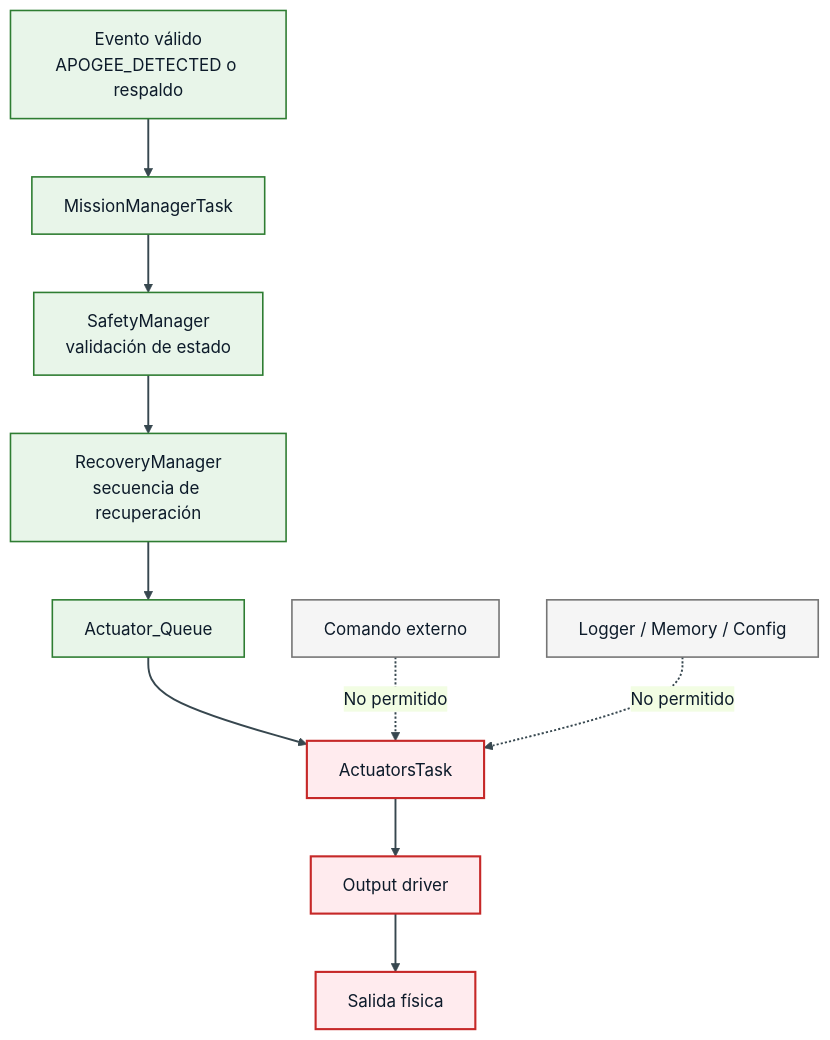
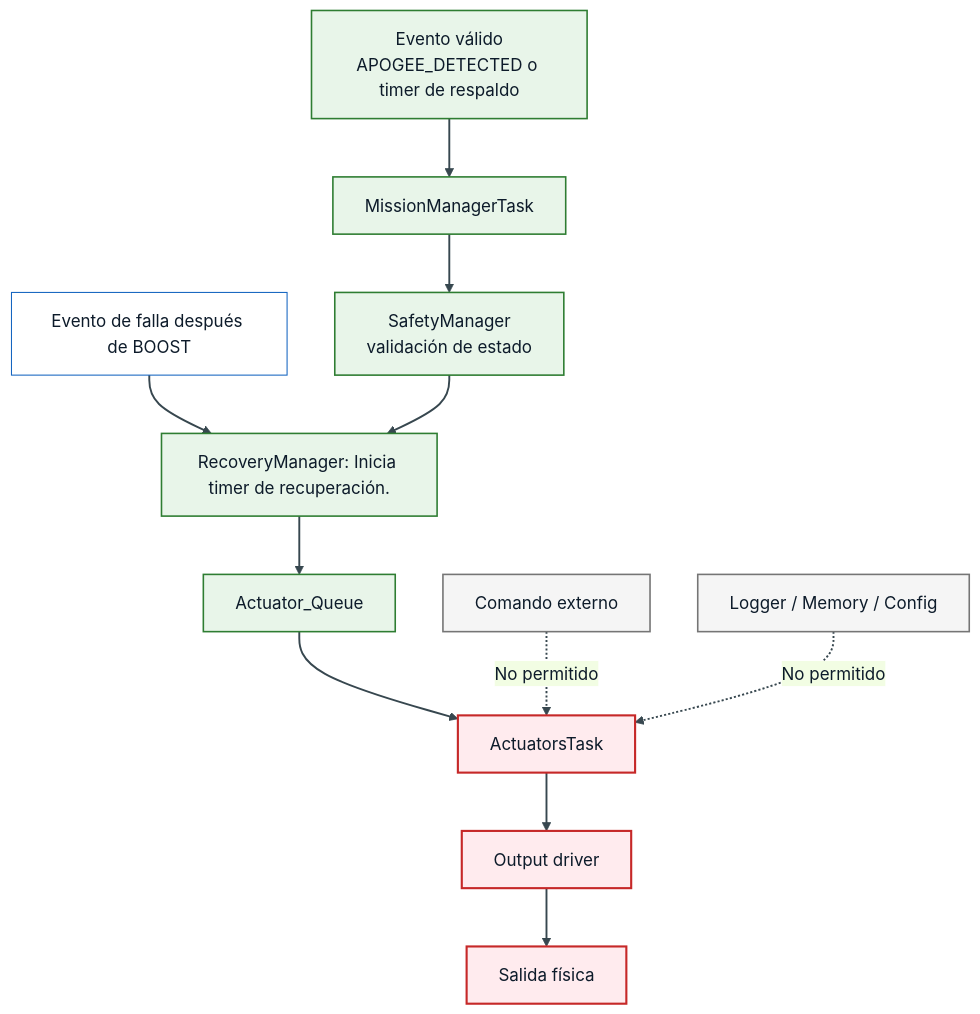
Before and after one commit to cdealbagtz/TheRocketProject: the third of 5 diagrams in docs/Controladora De Vuelo V2/Firmware/arquitectura.md, drawn with Mermaid. The commit also changed other lines of this file and 1 other file, not shown here.

````diff
--- a/docs/Controladora De Vuelo V2/Firmware/arquitectura.md
+++ b/docs/Controladora De Vuelo V2/Firmware/arquitectura.md
@@ -907,46 +638,47 @@
 ```mermaid
 %%{init: {
   "theme": "base",
   "flowchart": {
     "htmlLabels": true,
     "curve": "basis",
     "nodeSpacing": 45,
     "rankSpacing": 55
   },
   "themeVariables": {
     "background": "#ffffff",
     "mainBkg": "#ffffff",
     "fontFamily": "Roboto, Arial, sans-serif",
     "fontSize": "16px",
     "primaryColor": "#e3f2fd",
     "primaryTextColor": "#0d1b2a",
     "primaryBorderColor": "#1565c0",
     "lineColor": "#37474f",
     "textColor": "#0d1b2a",
     "clusterBkg": "#f8fafc",
     "clusterBorder": "#90a4ae"
   }
 }}%%
 
 flowchart TB
-    A["Evento válido<br/>APOGEE_DETECTED o respaldo"] --> B["MissionManagerTask"]
+    FAULT["Evento de falla después de BOOST"] --> D
+    A["Evento válido<br/>APOGEE_DETECTED o timer de respaldo"] --> B["MissionManagerTask"]
     B --> C["SafetyManager<br/>validación de estado"]
-    C --> D["RecoveryManager<br/>secuencia de recuperación"]
+    C --> D["RecoveryManager: Inicia timer de recuperación."]
     D --> E["Actuator_Queue"]
     E --> F["ActuatorsTask"]
     F --> G["Output driver"]
     G --> H["Salida física"]
 
     X["Comando externo"] -. "No permitido" .-> F
     Y["Logger / Memory / Config"] -. "No permitido" .-> F
 
     classDef valid fill:#e8f5e9,stroke:#2e7d32,stroke-width:1.5px,color:#0d1b2a;
     classDef critical fill:#ffebee,stroke:#c62828,stroke-width:2px,color:#0d1b2a;
     classDef blocked fill:#f5f5f5,stroke:#757575,stroke-width:1.5px,color:#0d1b2a;
 
     class A,B,C,D,E valid;
     class F,G,H critical;
     class X,Y blocked;
 
     linkStyle default stroke:#37474f,stroke-width:1.8px;
 ```
````
